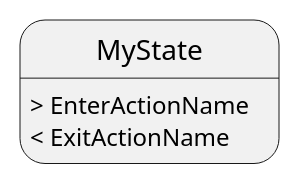
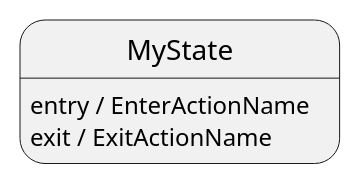
One commit to TobTheRock/phytofsm changed the second of 4 diagrams in README.md. Above: the diagram before and after it, drawn with PlantUML. The commit also changed other lines of this file and 5 other files, not shown here.

First line of the commit message:
refactor: use UML syntax for enter/exit

````diff
--- a/README.md
+++ b/README.md
@@ -67,4 +68,4 @@
 ```puml
-State MyState : > EnterActionName
-State MyState : < ExitActionName
+State MyState : entry / EnterActionName
+State MyState : exit / ExitActionName
 ```
````
